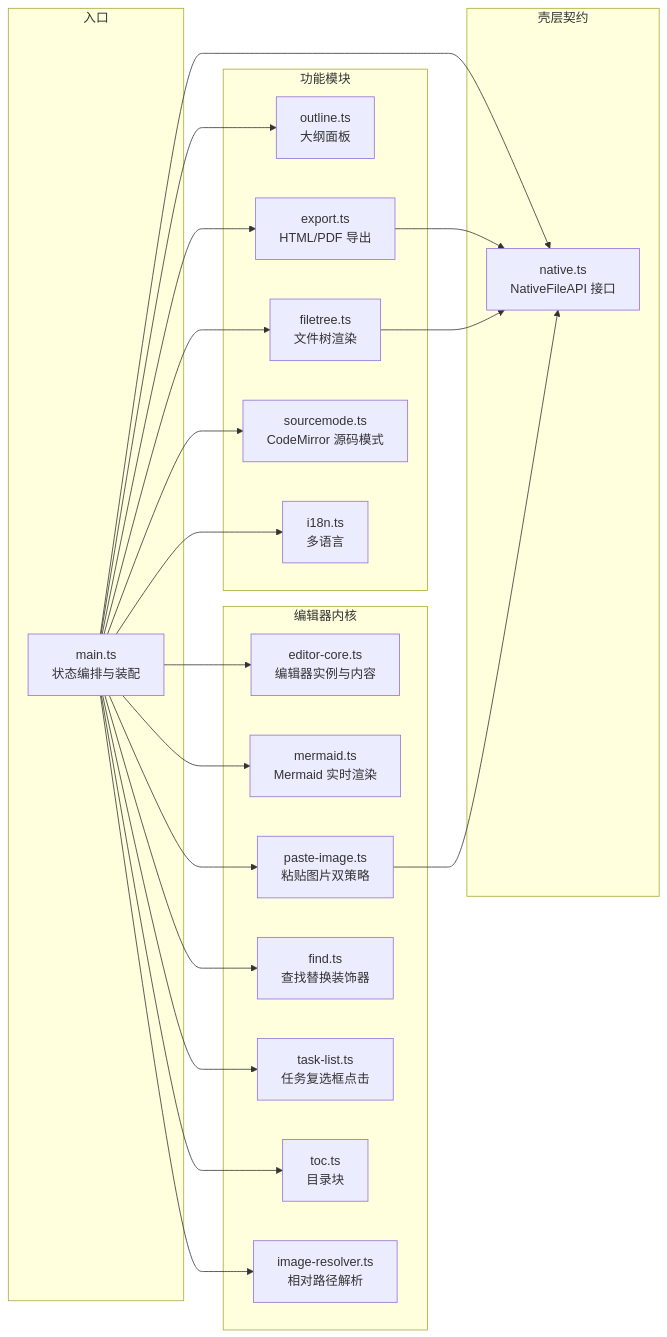
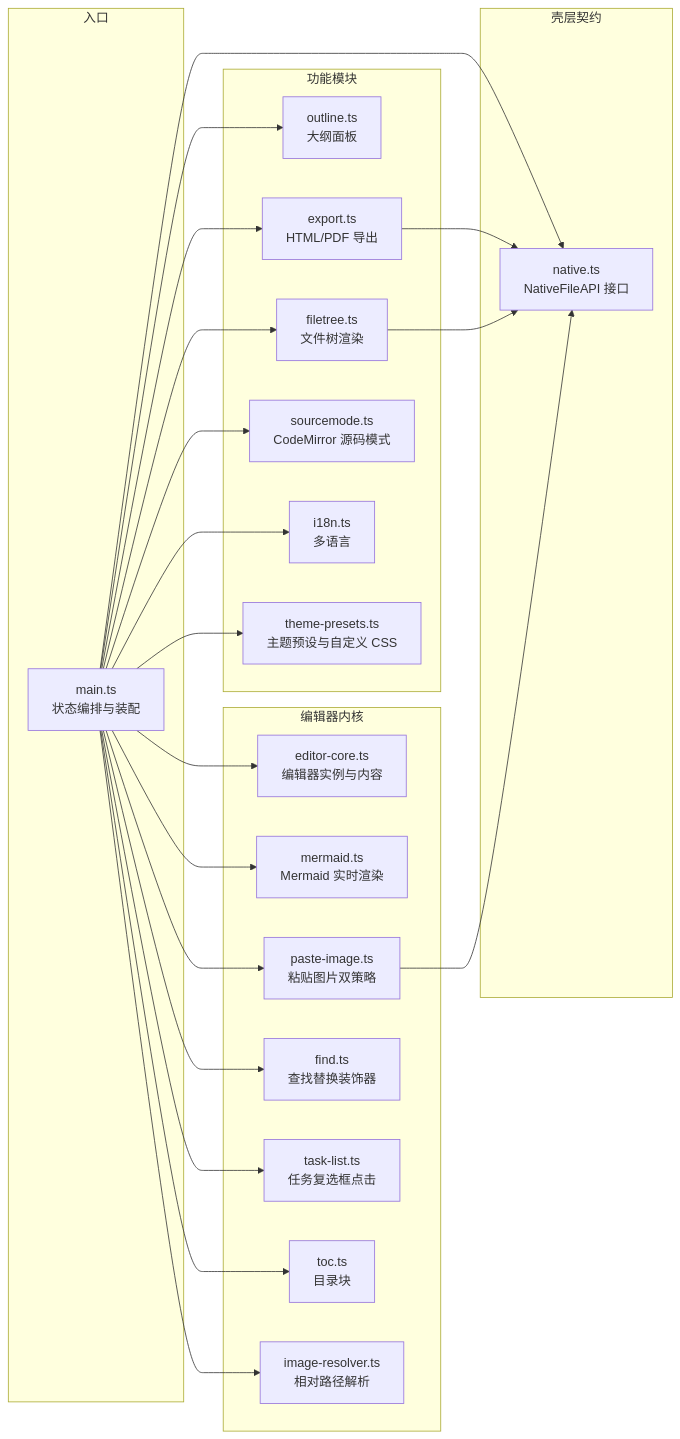
One commit to ChiangyangNPU/for-mark changed the third of 4 diagrams in docs/架构设计.md. Above: the diagram before and after it, drawn with Mermaid. The commit also changed other lines of this file and 5 other files, not shown here.

````diff
--- a/docs/架构设计.md
+++ b/docs/架构设计.md
@@ -85,45 +85,47 @@
 ```mermaid
 flowchart LR
     subgraph 入口
         MAIN[main.ts<br/>状态编排与装配]
     end
 
     subgraph 编辑器内核
         EDITOR[editor-core.ts<br/>编辑器实例与内容]
         MERMAID[mermaid.ts<br/>Mermaid 实时渲染]
         PASTE[paste-image.ts<br/>粘贴图片双策略]
         FIND[find.ts<br/>查找替换装饰器]
         TASK[task-list.ts<br/>任务复选框点击]
         TOC[toc.ts<br/>目录块]
         IMGRES[image-resolver.ts<br/>相对路径解析]
     end
 
     subgraph 功能模块
         OUTLINE[outline.ts<br/>大纲面板]
         TREE[filetree.ts<br/>文件树渲染]
         EX[export.ts<br/>HTML/PDF 导出]
         SRC[sourcemode.ts<br/>CodeMirror 源码模式]
         I18N[i18n.ts<br/>多语言]
+        THEMEPRESET[theme-presets.ts<br/>主题预设与自定义 CSS]
     end
 
     subgraph 壳层契约
         NATIVE[native.ts<br/>NativeFileAPI 接口]
     end
 
     MAIN --> EDITOR
     MAIN --> MERMAID
     MAIN --> PASTE
     MAIN --> FIND
     MAIN --> TASK
     MAIN --> TOC
     MAIN --> IMGRES
     MAIN --> OUTLINE
     MAIN --> TREE
     MAIN --> EX
     MAIN --> SRC
     MAIN --> I18N
+    MAIN --> THEMEPRESET
     MAIN --> NATIVE
     EX --> NATIVE
     TREE --> NATIVE
     PASTE --> NATIVE
 ```
````
